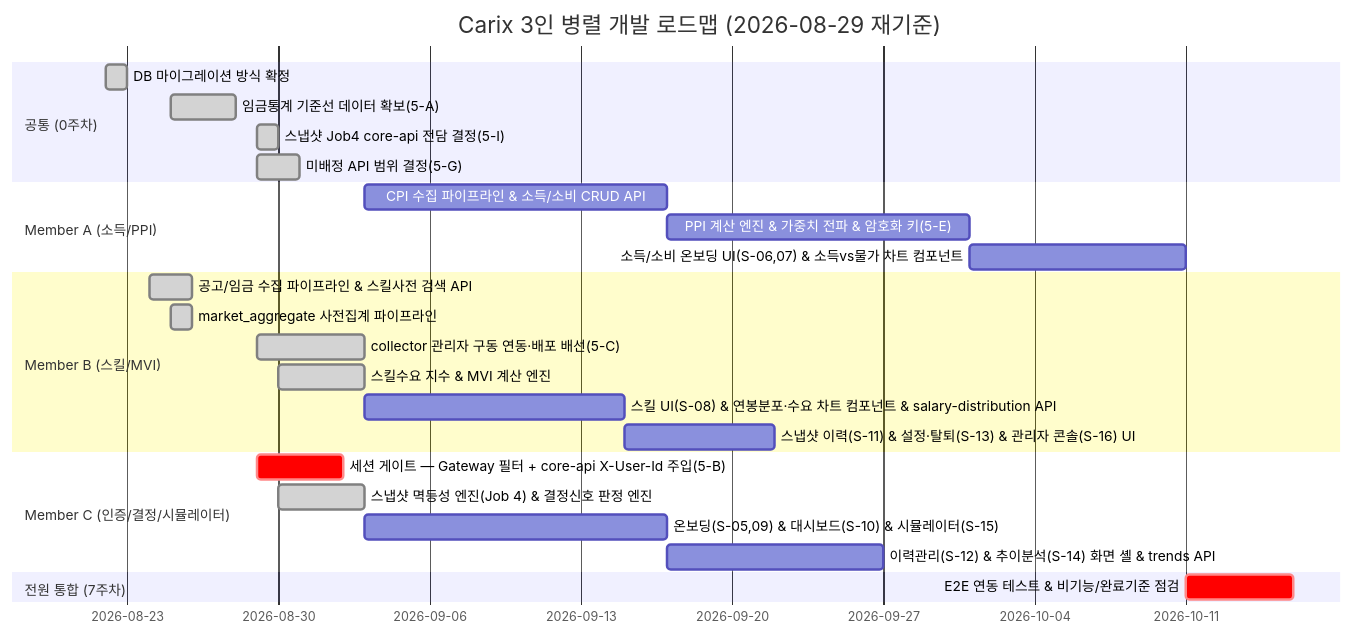
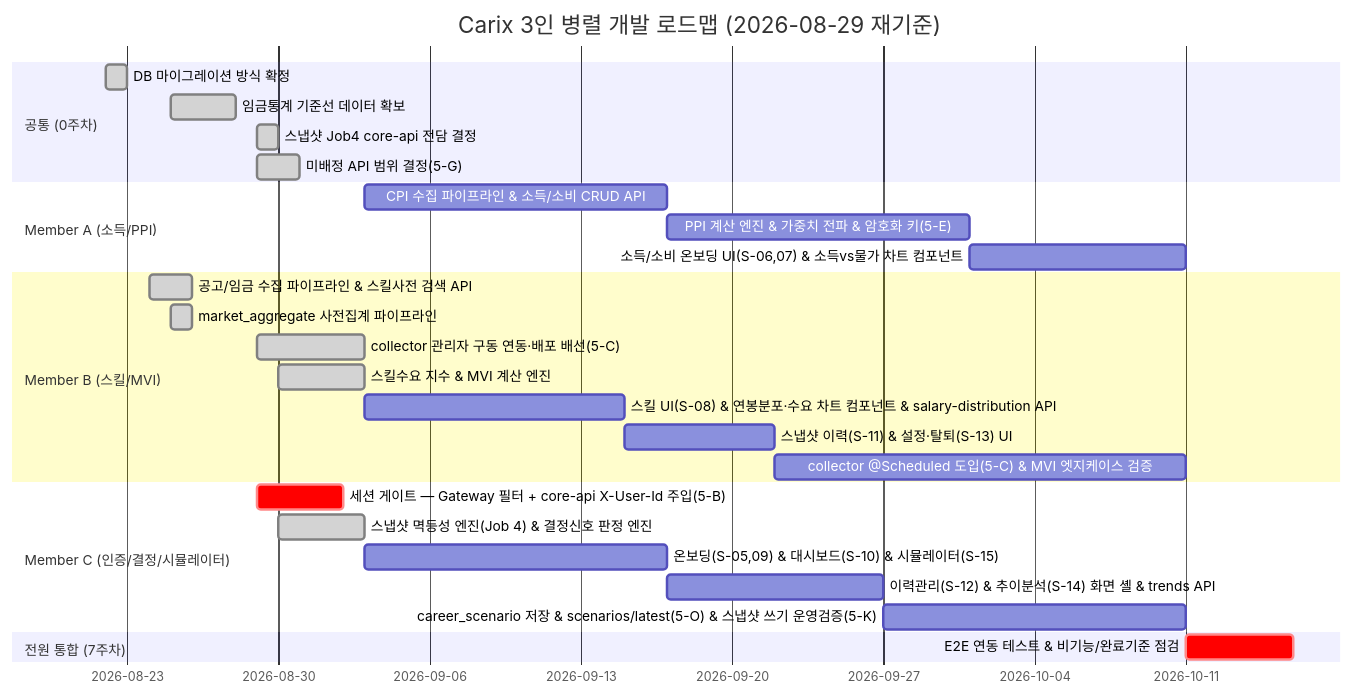
The first of 2 diagrams in docs/plans/carix-dev-plan.md (SeoHyeokGyu/Carix), drawn with Mermaid before and after one commit. The commit also changed other lines of this file, not shown here.

````diff
--- a/docs/plans/carix-dev-plan.md
+++ b/docs/plans/carix-dev-plan.md
@@ -117,28 +53,30 @@
 ```mermaid
 gantt
     title Carix 3인 병렬 개발 로드맵 (2026-08-29 재기준)
     dateFormat  YYYY-MM-DD
     section 공통 (0주차)
     DB 마이그레이션 방식 확정 :done, c0a, 2026-08-22, 1d
-    임금통계 기준선 데이터 확보(5-A) :done, a0, 2026-08-25, 3d
-    스냅샷 Job4 core-api 전담 결정(5-I) :done, i0, 2026-08-29, 1d
+    임금통계 기준선 데이터 확보 :done, a0, 2026-08-25, 3d
+    스냅샷 Job4 core-api 전담 결정 :done, i0, 2026-08-29, 1d
     미배정 API 범위 결정(5-G) :done, c0, 2026-08-29, 2d
     section Member A (소득/PPI)
     CPI 수집 파이프라인 & 소득/소비 CRUD API :a1, after b0, 14d
     PPI 계산 엔진 & 가중치 전파 & 암호화 키(5-E) :a2, after a1, 14d
     소득/소비 온보딩 UI(S-06,07) & 소득vs물가 차트 컴포넌트 :a3, after a2, 10d
     section Member B (스킬/MVI)
     공고/임금 수집 파이프라인 & 스킬사전 검색 API :done, b1, 2026-08-24, 2d
     market_aggregate 사전집계 파이프라인 :done, b2a, 2026-08-25, 1d
     collector 관리자 구동 연동·배포 배선(5-C) :done, b0, 2026-08-29, 5d
     스킬수요 지수 & MVI 계산 엔진 :done, b2, 2026-08-30, 4d
     스킬 UI(S-08) & 연봉분포·수요 차트 컴포넌트 & salary-distribution API :b3, after b2, 12d
-    스냅샷 이력(S-11) & 설정·탈퇴(S-13) & 관리자 콘솔(S-16) UI :b4, after b3, 7d
+    스냅샷 이력(S-11) & 설정·탈퇴(S-13) UI :b4, after b3, 7d
+    collector @Scheduled 도입(5-C) & MVI 엣지케이스 검증 :b5, after b4, 19d
     section Member C (인증/결정/시뮬레이터)
     세션 게이트 — Gateway 필터 + core-api X-User-Id 주입(5-B) :crit, c0b, 2026-08-29, 4d
     스냅샷 멱등성 엔진(Job 4) & 결정신호 판정 엔진 :done, c2, 2026-08-30, 4d
     온보딩(S-05,09) & 대시보드(S-10) & 시뮬레이터(S-15) :c3, after c2, 14d
     이력관리(S-12) & 추이분석(S-14) 화면 셸 & trends API :c4, after c3, 10d
+    career_scenario 저장 & scenarios/latest(5-O) & 스냅샷 쓰기 운영검증(5-K) :c5, after c4, 14d
     section 전원 통합 (7주차)
-    E2E 연동 테스트 & 비기능/완료기준 점검 :crit, e2e, after a3 b4 c4, 5d
+    E2E 연동 테스트 & 비기능/완료기준 점검 :crit, e2e, after a3 b5 c5, 5d
 ```
````
